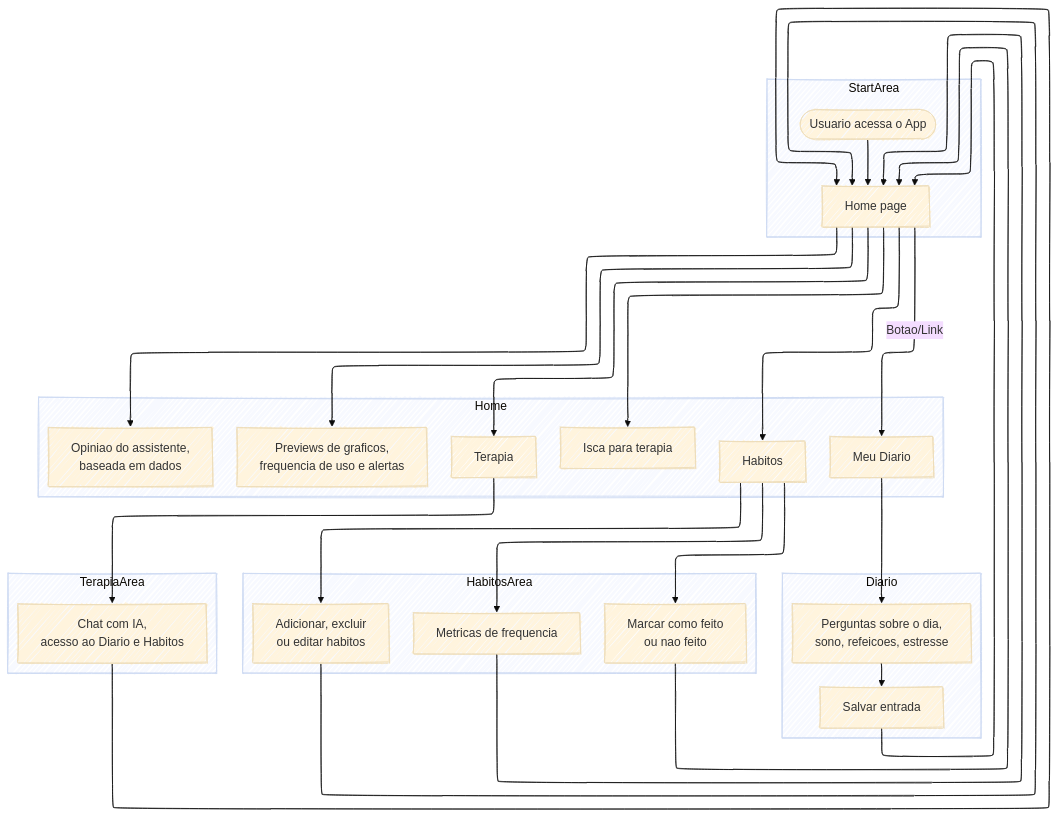
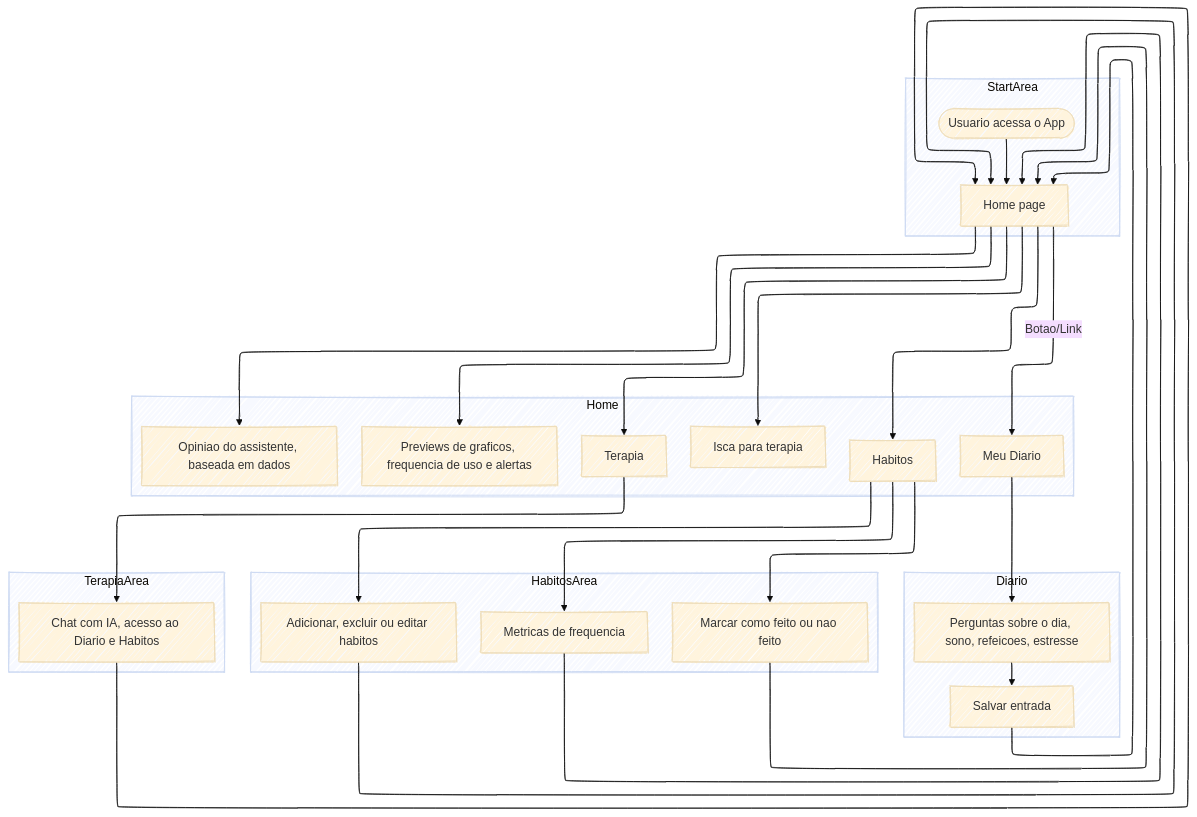
One commit to asimov-academy/ai-habit-journal changed the diagram in docs/user-flow-diagram.md. Above: the diagram before and after it, drawn with Mermaid. The commit also changed 1 other file, not shown here.

Commit message:
refactor: update diagram

````diff
--- a/docs/user-flow-diagram.md
+++ b/docs/user-flow-diagram.md
@@ -3,51 +3,51 @@
 ```mermaid
 ---
 config:
   theme: base
   layout: elk
   look: handDrawn
 ---
 flowchart TB
  subgraph StartArea["StartArea"]
     direction TB
         A(["Usuario acessa o App"])
         H["Home page"]
   end
  subgraph Home["Home"]
     direction TB
-        HI["Previews de graficos,\nfrequencia de uso e alertas"]
-        HA["Opiniao do assistente,\nbaseada em dados"]
+        HI["Previews de graficos, frequencia de uso e alertas"]
+        HA["Opiniao do assistente, baseada em dados"]
         HT["Isca para terapia"]
         D["Meu Diario"]
         Habs["Habitos"]
         T["Terapia"]
   end
  subgraph Diario["Diario"]
     direction TB
-        DQ["Perguntas sobre o dia,\nsono, refeicoes, estresse"]
+        DQ["Perguntas sobre o dia, sono, refeicoes, estresse"]
         DS["Salvar entrada"]
   end
  subgraph HabitosArea["HabitosArea"]
     direction TB
         HM["Metricas de frequencia"]
-        HA2["Adicionar, excluir\nou editar habitos"]
-        HF["Marcar como feito\nou nao feito"]
+        HA2["Adicionar, excluir ou editar habitos"]
+        HF["Marcar como feito ou nao feito"]
   end
  subgraph TerapiaArea["TerapiaArea"]
     direction TB
-        TC["Chat com IA,\nacesso ao Diario e Habitos"]
+        TC["Chat com IA, acesso ao Diario e Habitos"]
   end
     A --> H
     H --> HI & HA & HT & Habs & T
     H -- Botao/Link --> D
     D --> DQ
     DQ --> DS
     DS --> H
     Habs --> HM & HA2 & HF
     HM --> H
     HA2 --> H
     HF --> H
     T --> TC
     TC --> H
 
 ```
````
